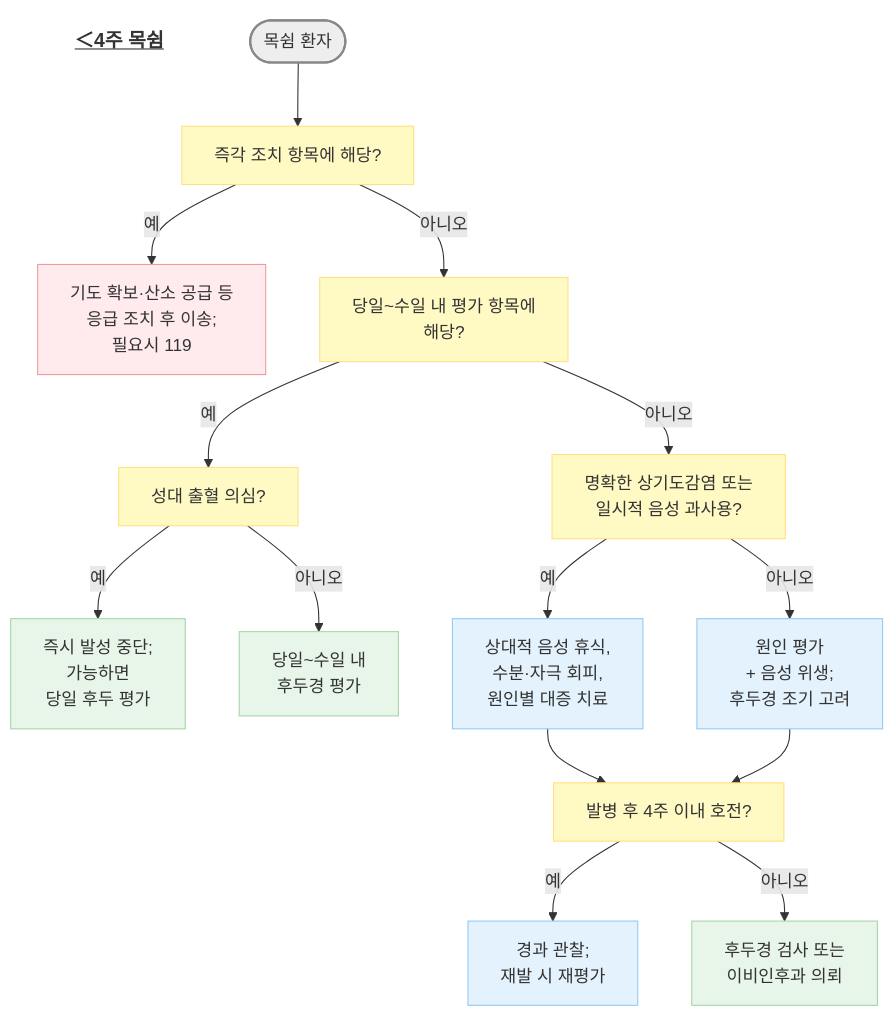
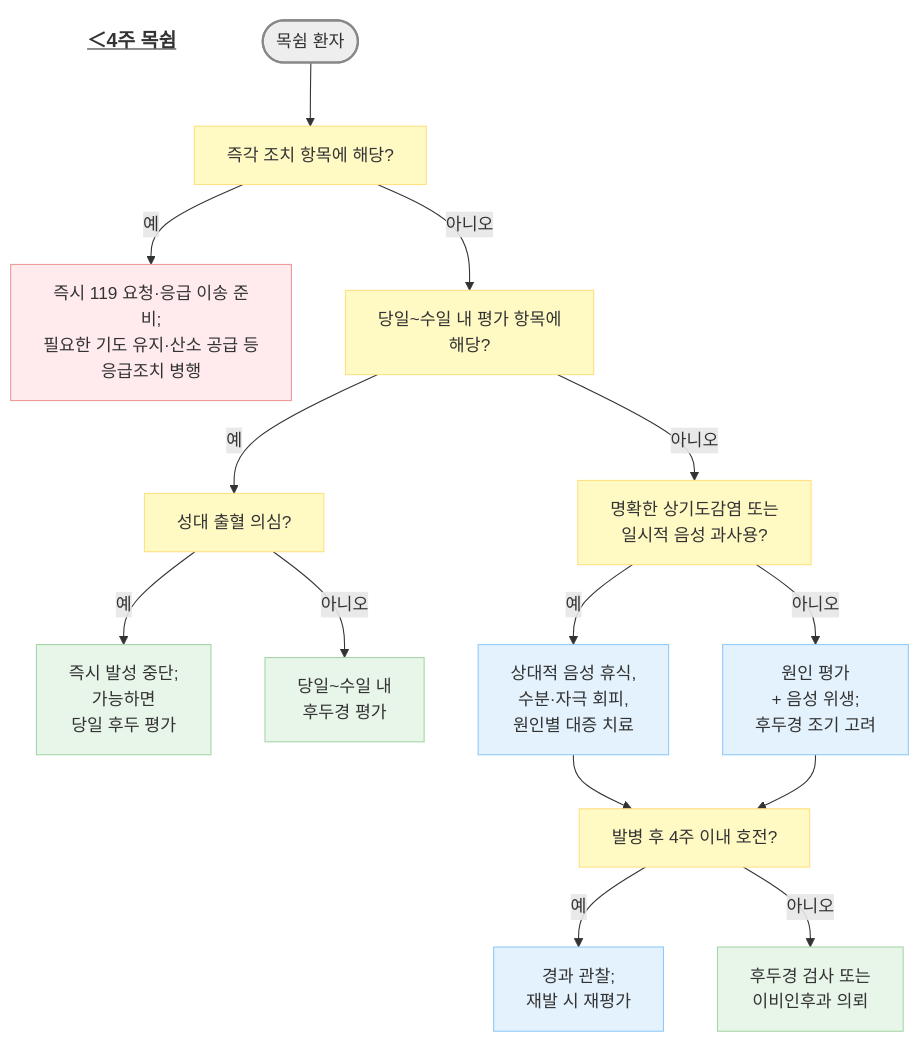
Before and after one commit to familyoh77/familyoh77: the first of 2 diagrams in 222_/058_-hoarseness.md, drawn with Mermaid. The commit also changed other lines of this file and 1 other file, not shown here.

````diff
--- a/222_/058_-hoarseness.md
+++ b/222_/058_-hoarseness.md
@@ -128,31 +127,31 @@
 ```mermaid
 graph TD
     Title["<b><u>＜4주 목쉼</u></b>"]
     style Title fill:none,stroke:none,font-size:18px
     Start(["목쉼 환자"])
     Start --> Q1["즉각 조치 항목에 해당?"]
-    Q1 -- 예 --> E["기도 확보·산소 공급 등<br/>응급 조치 후 이송;<br/>필요시 119"]
+    Q1 -- 예 --> E["즉시 119 요청·응급 이송 준비;<br/>필요한 기도 유지·산소 공급 등<br/>응급조치 병행"]
     Q1 -- 아니오 --> Q2["당일~수일 내 평가 항목에 <br/>해당?"]
     Q2 -- 예 --> QH["성대 출혈 의심?"]
     QH -- 예 --> H["즉시 발성 중단;<br/>가능하면 <br/>당일 후두 평가"]
     QH -- 아니오 --> L["당일~수일 내<br/>후두경 평가"]
     Q2 -- 아니오 --> Q3["명확한 상기도감염 또는<br/>일시적 음성 과사용?"]
     Q3 -- 예 --> S["상대적 음성 휴식,<br/>수분·자극 회피,<br/>원인별 대증 치료"]
     Q3 -- 아니오 --> O["원인 평가 <br/>+ 음성 위생;<br/>후두경 조기 고려"]
     S --> Q4["발병 후 4주 이내 호전?"]
     O --> Q4
     Q4 -- 예 --> C["경과 관찰;<br/>재발 시 재평가"]
     Q4 -- 아니오 --> L2["후두경 검사 또는<br/>이비인후과 의뢰"]
     classDef start fill:#eeeeee,stroke:#888888,stroke-width:2px;
     classDef question fill:#fff9c4,stroke:#ffe082;
     classDef blue fill:#E3F2FD,stroke:#90CAF9;
     classDef green fill:#E8F5E9,stroke:#A5D6A7;
     classDef red fill:#FFEBEE,stroke:#EF9A9A;
     class Start start;
     class Q1,Q2,QH,Q3,Q4 question;
     class S,O,C blue;
     class H,L,L2 green;
     class E red;
 
 
 ```
````
